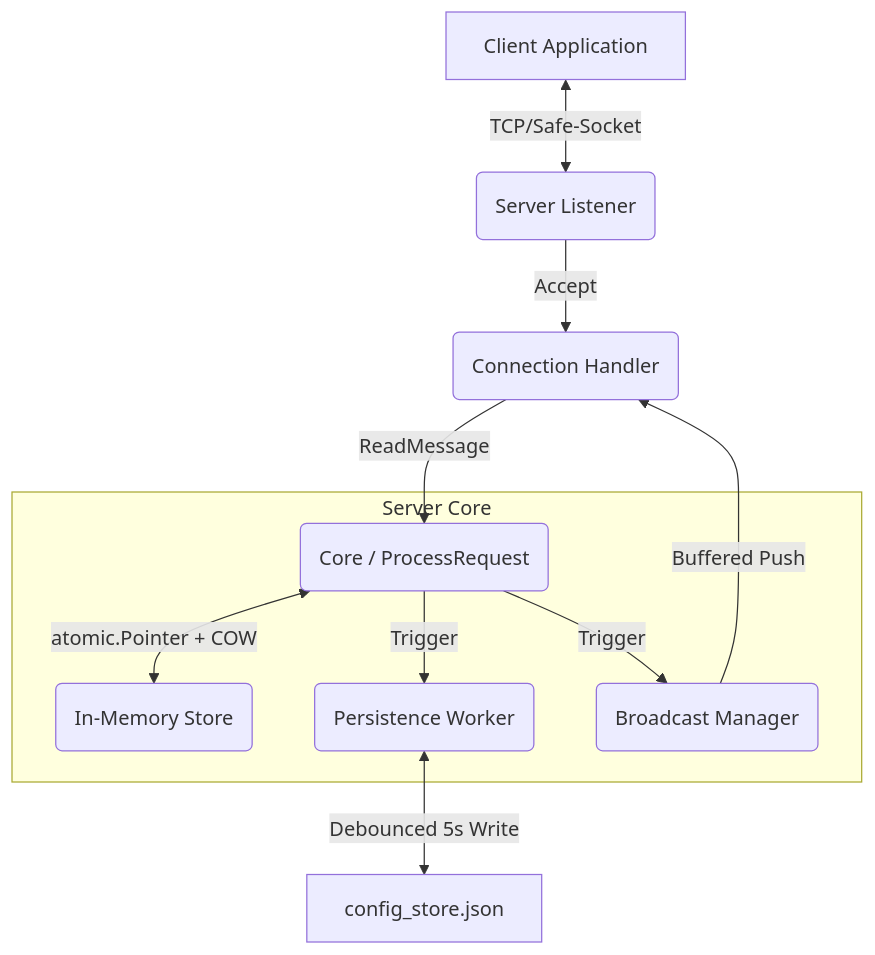
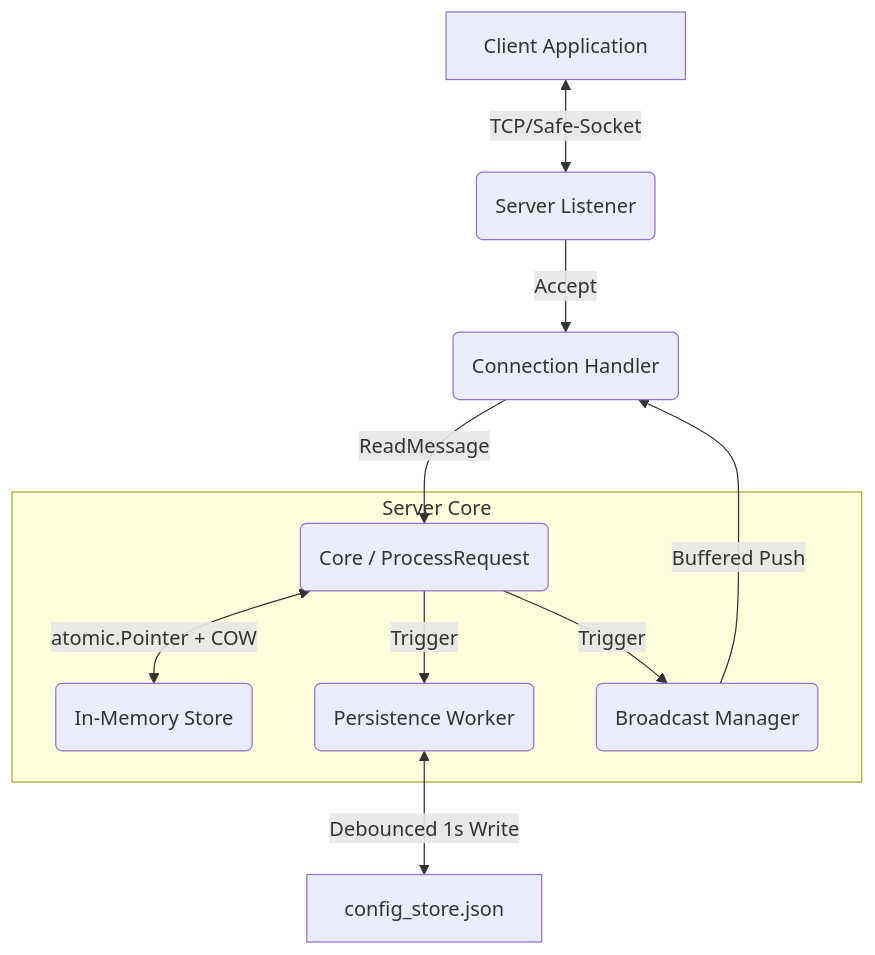
The diagram in ARCHITECTURE.md (Bastien-Antigravity/config-server), drawn with Mermaid before and after one commit. The commit also changed other lines of this file and 31 other files, not shown here.

````diff
--- a/ARCHITECTURE.md
+++ b/ARCHITECTURE.md
@@ -27,15 +27,15 @@
 ```mermaid
 graph TD
     Client[Client Application] <-->|TCP/Safe-Socket| ServerSocket(Server Listener)
     ServerSocket -->|Accept| ConnectionHandler(Connection Handler)
     ConnectionHandler -->|ReadMessage| RequestHandler(Core / ProcessRequest)
     
     subgraph "Server Core"
         RequestHandler <-->|atomic.Pointer + COW| Store(In-Memory Store)
         RequestHandler -->|Trigger| Persistence(Persistence Worker)
         RequestHandler -->|Trigger| Broadcaster(Broadcast Manager)
     end
     
     Broadcaster -->|Buffered Push| ConnectionHandler
-    Persistence <-->|Debounced 5s Write| Disk[config_store.json]
+    Persistence <-->|Debounced 1s Write| Disk[config_store.json]
 ```
````
